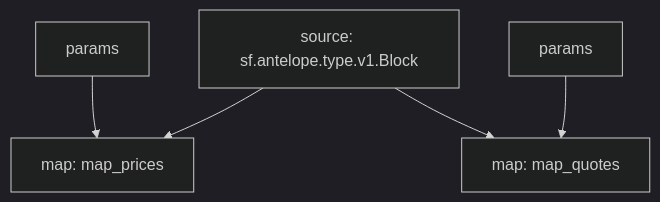
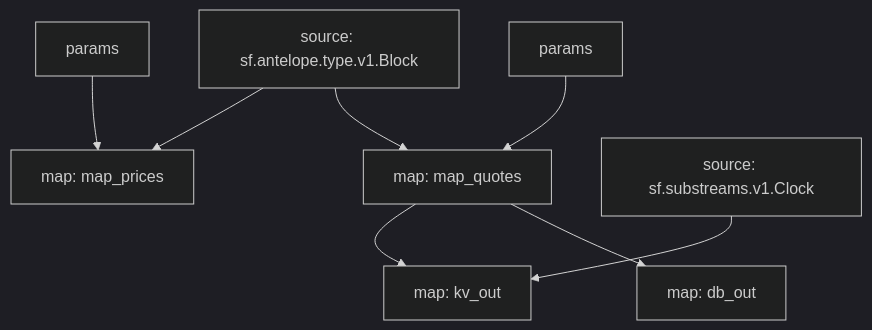
One commit to pinax-network/substreams changed the diagram in antelope.oracles/README.md. Above: the diagram before and after it, drawn with Mermaid (dark theme). The commit also changed other lines of this file and 4 other files, not shown here.

````diff
--- a/antelope.oracles/README.md
+++ b/antelope.oracles/README.md
@@ -47,9 +46,14 @@
 ```mermaid
 graph TD;
   map_prices[map: map_prices];
   map_prices:params[params] --> map_prices;
   sf.antelope.type.v1.Block[source: sf.antelope.type.v1.Block] --> map_prices;
   map_quotes[map: map_quotes];
   map_quotes:params[params] --> map_quotes;
   sf.antelope.type.v1.Block[source: sf.antelope.type.v1.Block] --> map_quotes;
+  kv_out[map: kv_out];
+  map_quotes --> kv_out;
+  sf.substreams.v1.Clock[source: sf.substreams.v1.Clock] --> kv_out;
+  db_out[map: db_out];
+  map_quotes --> db_out;
 ```
````
